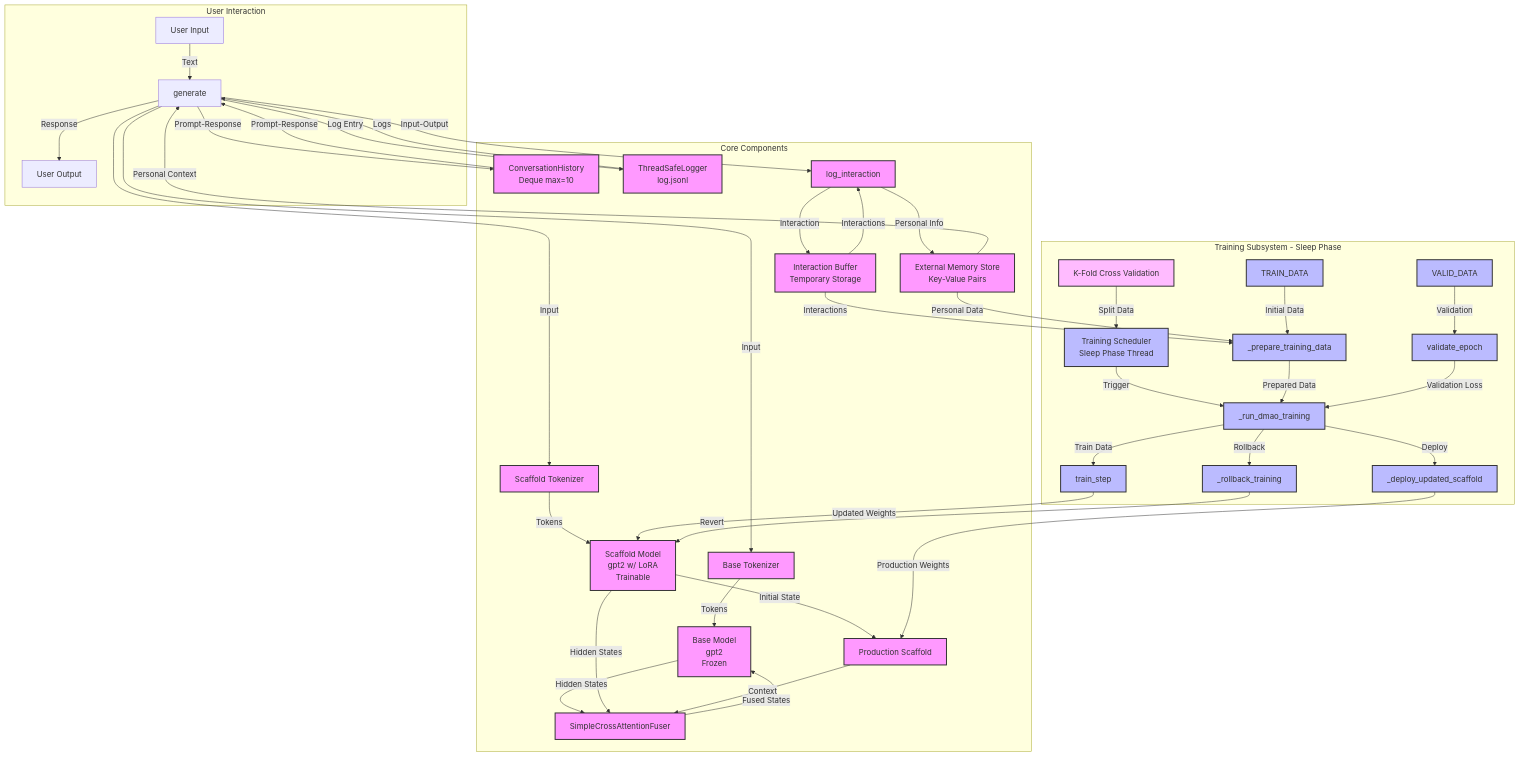
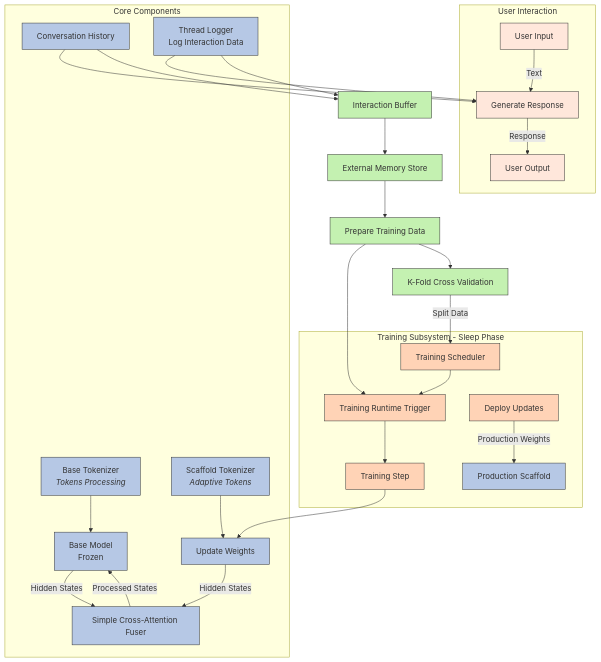
One commit to oppolla/dual-model-dynamic-scaffold changed the diagram in structure.mmd. Above: the diagram before and after it, drawn with Mermaid.

```diff
--- a/structure.mmd
+++ b/structure.mmd
@@ -1,53 +1,44 @@
 graph TD
+    %% Subgraph 1: User Interaction
     subgraph User Interaction
-        UI[User Input] -->|Text| GEN[generate]
+        UI[User Input] -->|Text| GEN[Generate Response]
         GEN -->|Response| UO[User Output]
     end
 
+    %% Subgraph 2: Core Components
     subgraph Core Components
-        BM[Base Model<br>gpt2<br>Frozen] -->|Hidden States| CAF[SimpleCrossAttentionFuser]
-        SM[Scaffold Model<br>gpt2 w/ LoRA<br>Trainable] -->|Hidden States| CAF
-        CAF -->|Fused States| BM
-        BT[Base Tokenizer] -->|Tokens| BM
-        ST[Scaffold Tokenizer] -->|Tokens| SM
-        CH[ConversationHistory<br>Deque max=10] -->|Prompt-Response| GEN
-        TL[ThreadSafeLogger<br>log.jsonl] -->|Logs| GEN
-        IB[Interaction Buffer<br>Temporary Storage] -->|Interactions| LOG[log_interaction]
-        EMS[External Memory Store<br>Key-Value Pairs] -->|Personal Context| GEN
-        
-        SM -->|Initial State| PS[Production Scaffold]
-        PS -->|Context| CAF
+        BT[Base Tokenizer<br><i>Tokens Processing</i>] --> BM[Base Model<br>Frozen]
+        ST[Scaffold Tokenizer<br><i>Adaptive Tokens</i>] --> SM[Scaffold Model<br>Trainable]
+        BM -->|Hidden States| CAF[Simple Cross-Attention Fuser]
+        SM -->|Hidden States| CAF
+        CAF -->|Processed States| BM
+        CH[Conversation History] --> GEN
+        TL[Thread Logger<br>Log Interaction Data] --> GEN
     end
 
+    %% Subgraph 3: Training Subsystem - Sleep Phase
     subgraph Training Subsystem - Sleep Phase
-        TS[Training Scheduler<br>Sleep Phase Thread] -->|Trigger| RT[_run_dmao_training]
-        RT -->|Train Data| TE[train_step]
-        TE -->|Updated Weights| SM
-        RT -->|Deploy| DU[_deploy_updated_scaffold]
-        DU -->|Production Weights| PS
-        PT[_prepare_training_data] -->|Prepared Data| RT
-        IB -->|Interactions| PT
-        EMS -->|Personal Data| PT
-        TD[TRAIN_DATA] -->|Initial Data| PT
-        VD[VALID_DATA] -->|Validation| VE[validate_epoch]
-        VE -->|Validation Loss| RT
-        RT -->|Rollback| RB[_rollback_training]
-        RB -->|Revert| SM
-        
-        KF[K-Fold Cross Validation] -->|Split Data| TS
+        TS[Training Scheduler] --> RT[Training Runtime Trigger]
+        RT --> TE[Training Step]
+        TE --> SM[Update Weights]
+        DU[Deploy Updates] -->|Production Weights| PS[Production Scaffold]
     end
 
-    LOG -->|Interaction| IB
-    LOG -->|Personal Info| EMS
-    GEN -->|Input| BT
-    GEN -->|Input| ST
-    GEN -->|Prompt-Response| CH
-    GEN -->|Log Entry| TL
-    GEN -->|Input-Output| LOG
-    
-    classDef core fill:#f9f,stroke:#333,stroke-width:2px;
-    classDef train fill:#bbf,stroke:#333,stroke-width:2px;
-    classDef eval fill:#fbf,stroke:#333,stroke-width:2px;
-    class BM,SM,CAF,BT,ST,CH,TL,IB,LOG,EMS,PS core;
-    class TS,RT,TE,DU,PT,TD,VD,VE,RB train;
-    class KF eval;
+    %% External Connections
+    CH --> IB[Interaction Buffer]
+    TL --> IB
+    IB --> EMS[External Memory Store]
+    EMS --> PT[Prepare Training Data]
+    PT --> RT
+    PT --> KF[K-Fold Cross Validation]
+    KF -->|Split Data| TS
+
+    %% Styling Nodes
+    classDef user fill:#f8c3,stroke:#333,stroke-width:1px;
+    classDef core fill:#b6c8e5,stroke:#333,stroke-width:1px;
+    classDef train fill:#ffd3b6,stroke:#333,stroke-width:1px;
+    classDef external fill:#c4f1b1,stroke:#333,stroke-width:1px;
+    class UI,UO,GEN user;
+    class BT,BM,ST,SM,CAF,CH,TL,PS core;
+    class TS,RT,TE,DU train;
+    class IB,EMS,PT,KF external;
```
